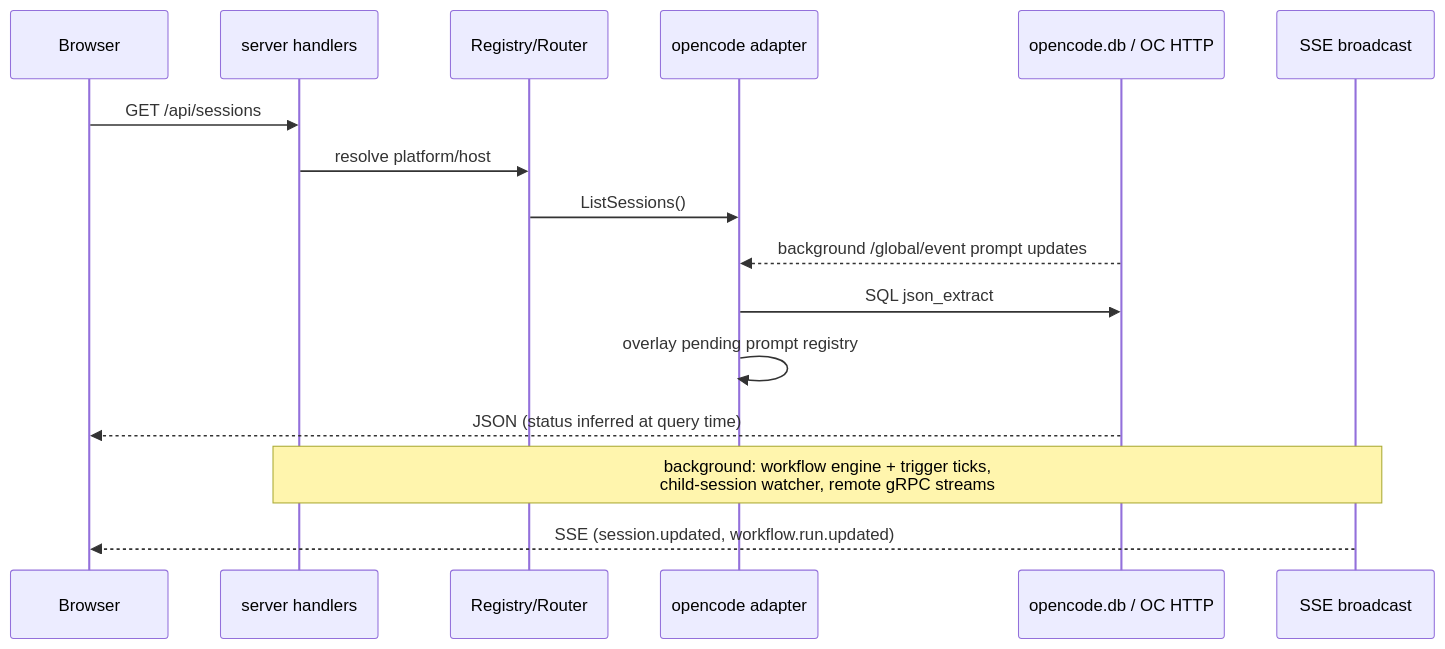
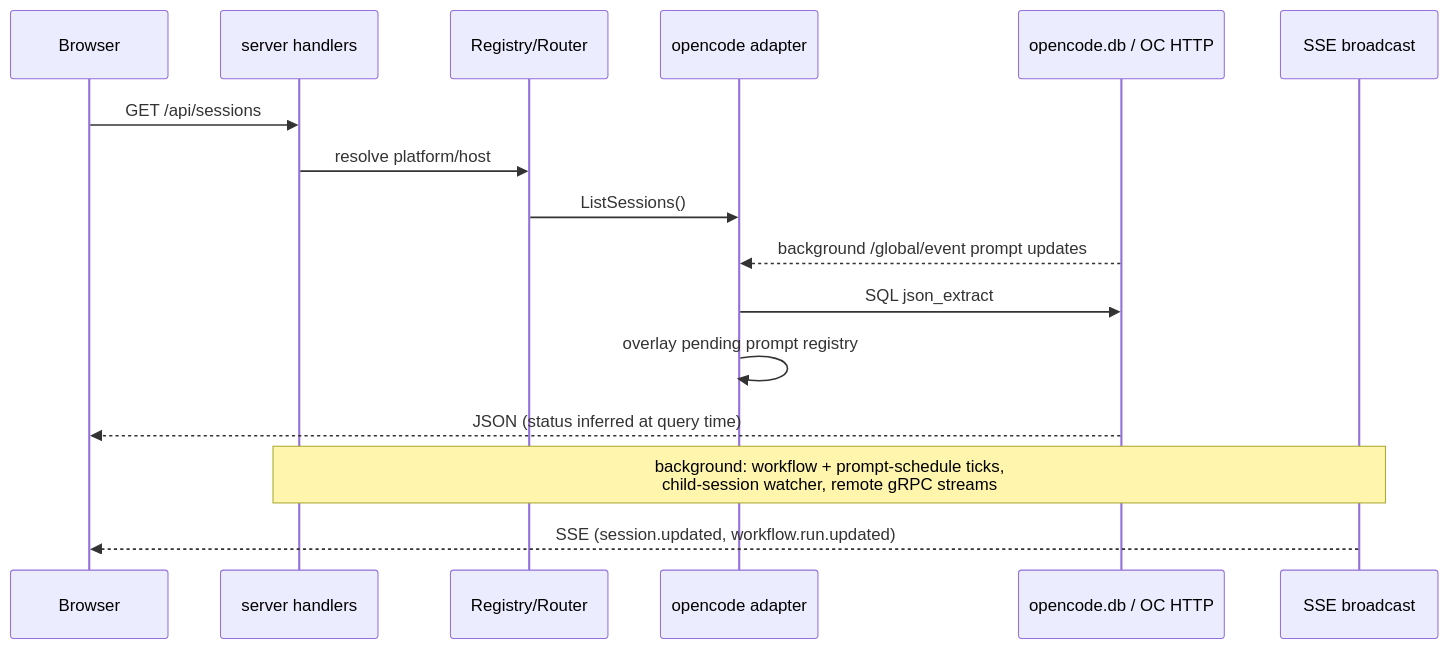
One commit to ocman/ocman changed the third of 4 diagrams in docs/architecture.md. Above: the diagram before and after it, drawn with Mermaid. The commit also changed other lines of this file and 17 other files, not shown here.

````diff
--- a/docs/architecture.md
+++ b/docs/architecture.md
@@ -146,19 +152,19 @@
 ```mermaid
 sequenceDiagram
     participant B as Browser
     participant S as server handlers
     participant R as Registry/Router
     participant A as opencode adapter
     participant D as opencode.db / OC HTTP
     participant E as SSE broadcast
 
     B->>S: GET /api/sessions
     S->>R: resolve platform/host
     R->>A: ListSessions()
     D-->>A: background /global/event prompt updates
     A->>D: SQL json_extract
     A->>A: overlay pending prompt registry
     D-->>B: JSON (status inferred at query time)
-     Note over S,E: background: workflow engine + trigger ticks,<br/>child-session watcher, remote gRPC streams
+     Note over S,E: background: workflow + prompt-schedule ticks,<br/>child-session watcher, remote gRPC streams
      E-->>B: SSE (session.updated, workflow.run.updated)
 ```
````
